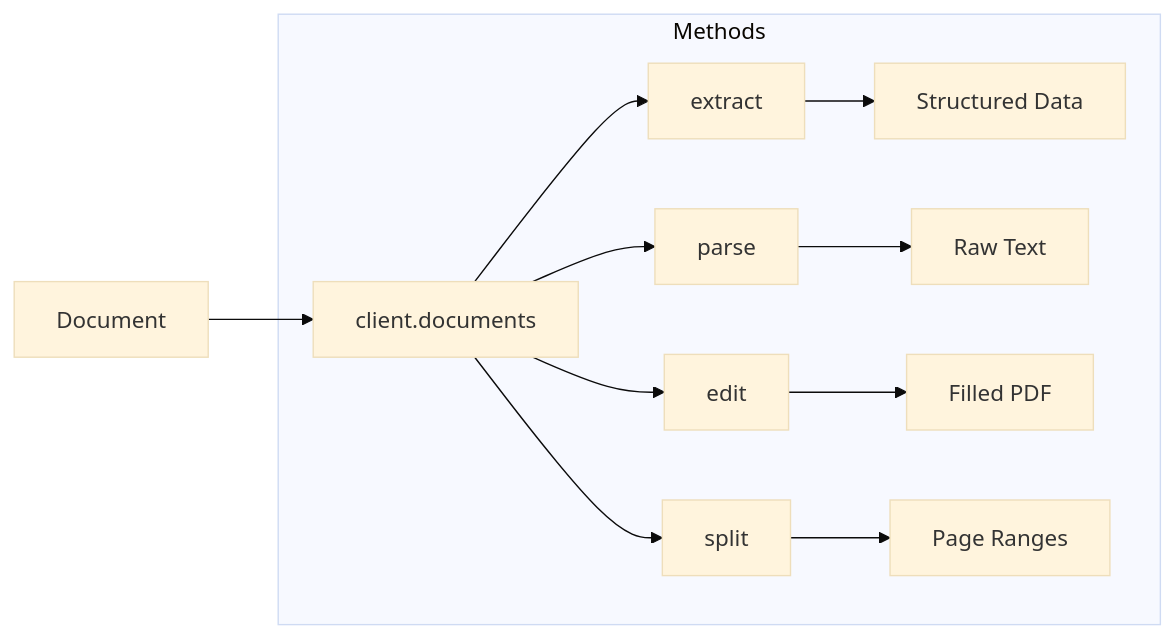
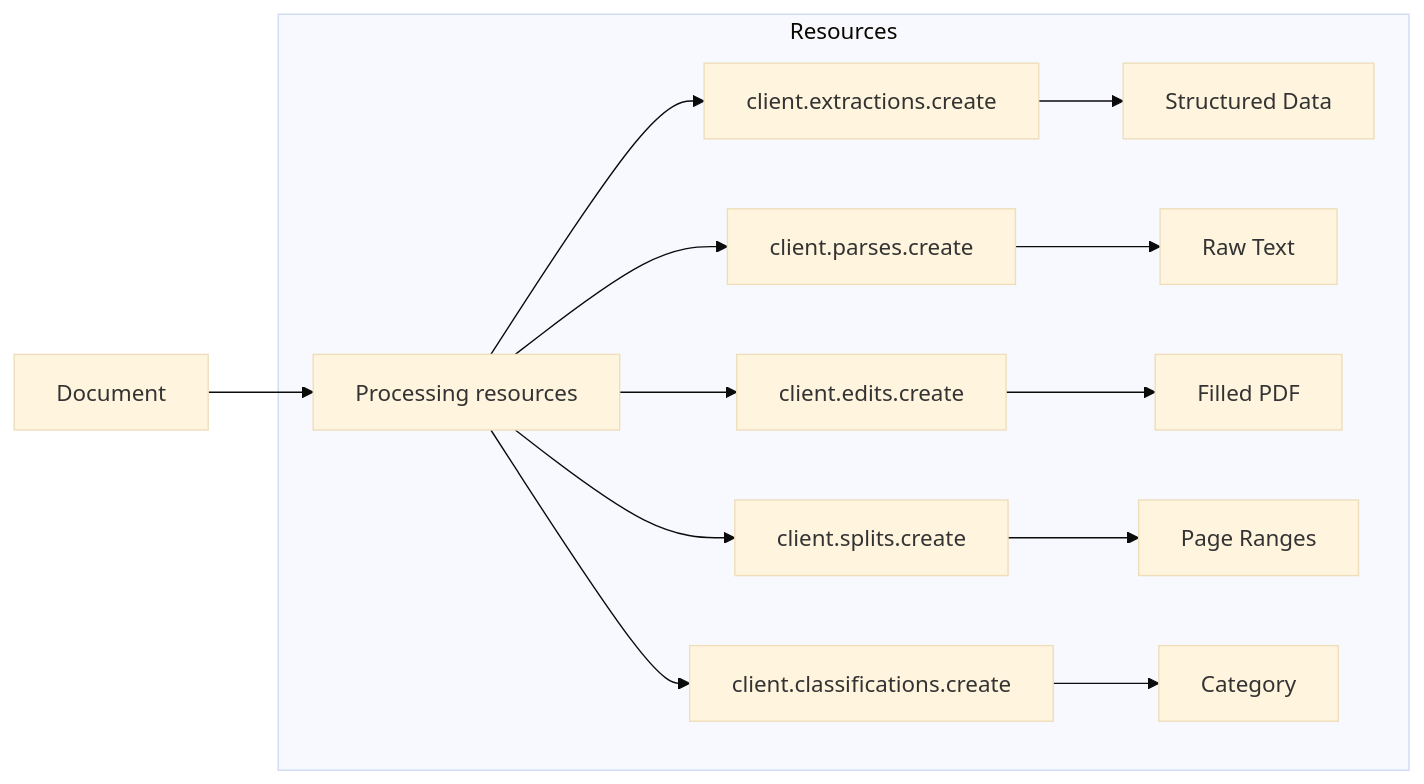
The diagram in core-concepts/Documents.mdx (retab-dev/docs), drawn with Mermaid (base theme) before and after one commit. The commit also changed other lines of this file and 12 other files, not shown here.

````diff
--- a/core-concepts/Documents.mdx
+++ b/core-concepts/Documents.mdx
@@ -15,11 +15,12 @@
 ```mermaid
 flowchart LR
-    A[Document] --> B[client.documents]
+    A[Document] --> B[Processing resources]
     
-    subgraph Methods
-    B --> E[extract] --> F[Structured Data]
-    B --> P[parse] --> G[Raw Text]
-    B --> D[edit] --> H[Filled PDF]
-    B --> S[split] --> I[Page Ranges]
+    subgraph Resources
+    B --> E[client.extractions.create] --> F[Structured Data]
+    B --> P[client.parses.create] --> G[Raw Text]
+    B --> D[client.edits.create] --> H[Filled PDF]
+    B --> S[client.splits.create] --> I[Page Ranges]
+    B --> C[client.classifications.create] --> J[Category]
     end
 ```
````
